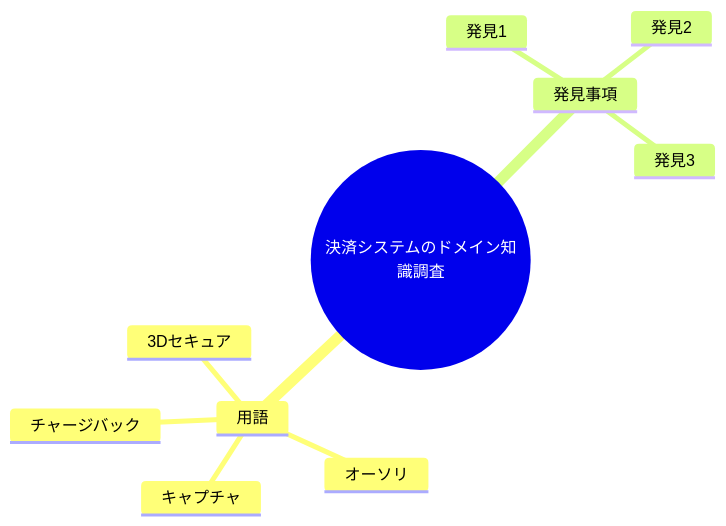
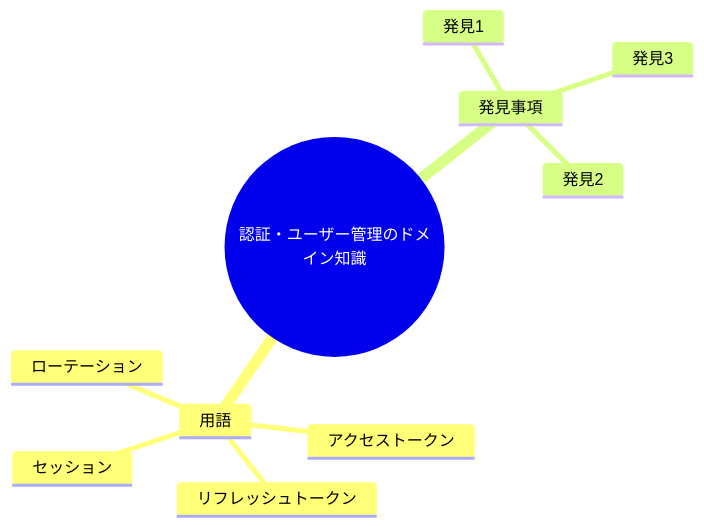
The diagram in categories/investigation/domain_knowledge/human/document.md (biki-cloud/yaml-bridge), drawn with Mermaid before and after one commit. The commit also changed other lines of this file and 79 other files, not shown here.

````diff
--- a/categories/investigation/domain_knowledge/human/document.md
+++ b/categories/investigation/domain_knowledge/human/document.md
@@ -15,13 +15,13 @@
 ```mermaid
 mindmap
-  root((決済システムのドメイン知識調査))
+  root((認証・ユーザー管理のドメイン知識))
     用語
-      オーソリ
-      キャプチャ
-      チャージバック
-      3Dセキュア
+      アクセストークン
+      リフレッシュトークン
+      ローテーション
+      セッション
     発見事項
       発見1
       発見2
       発見3
 ```
````
